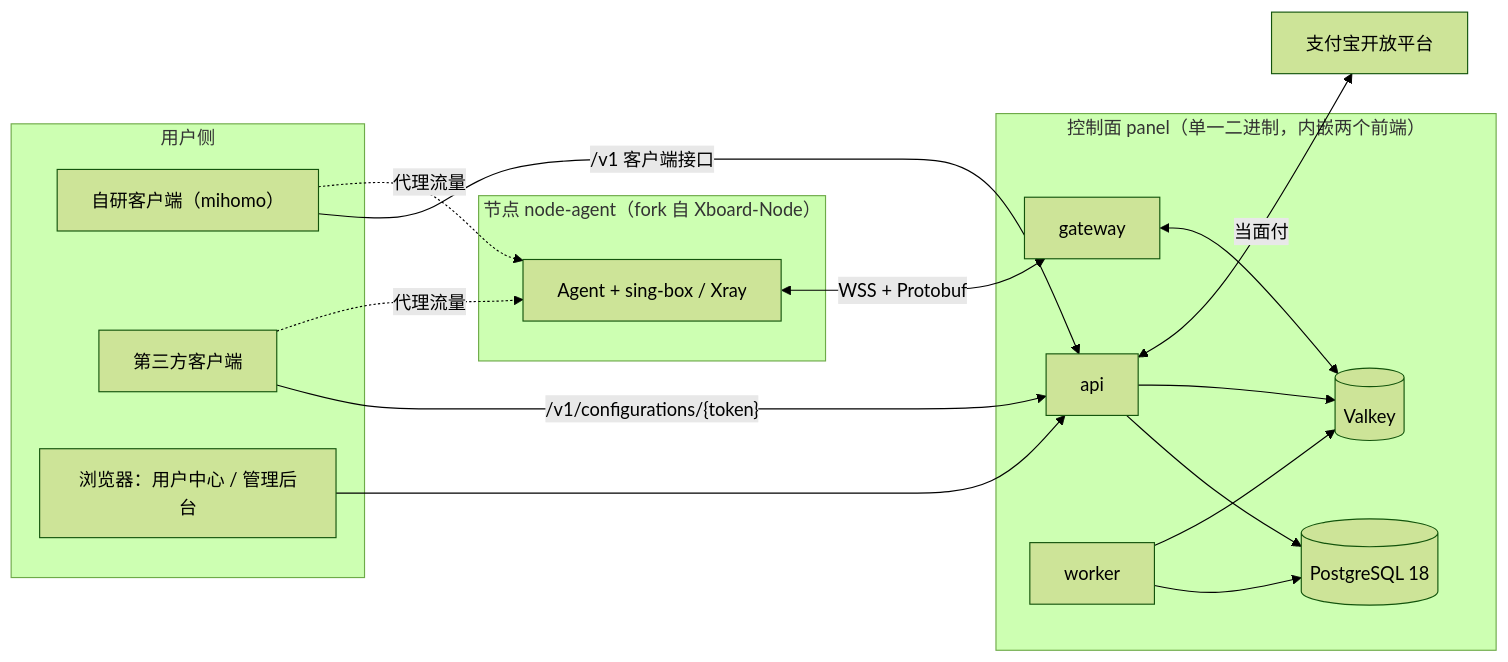
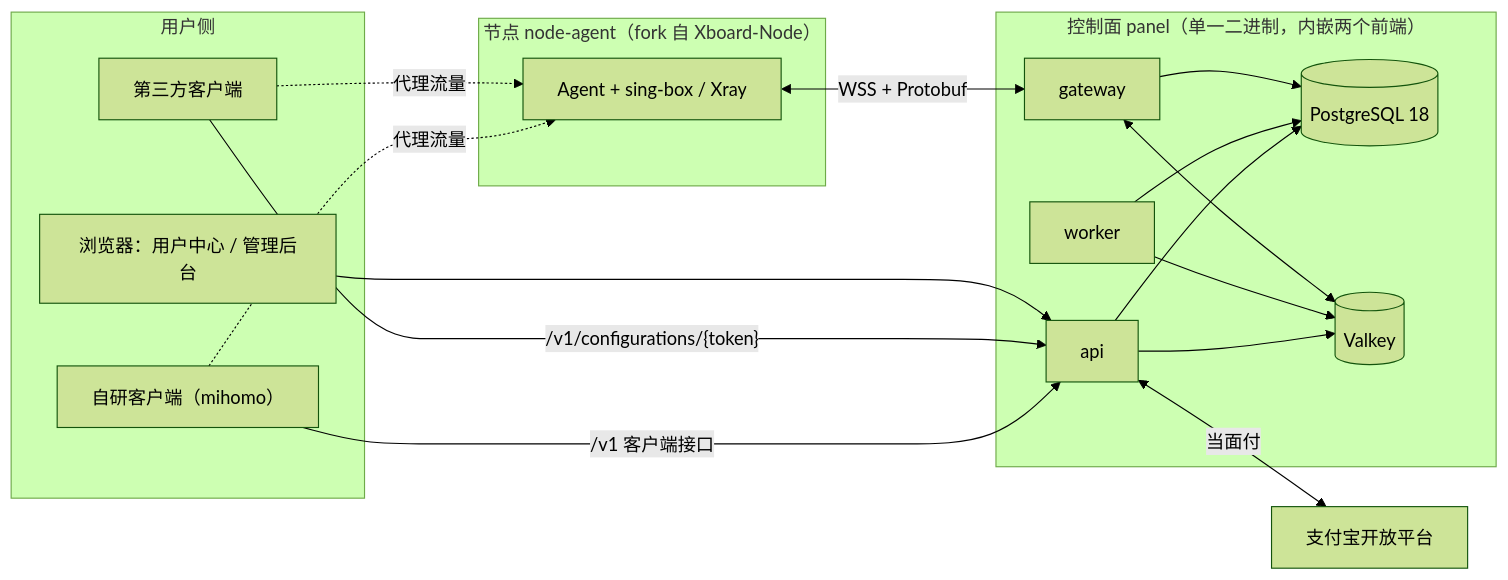
Before and after one commit to akari-project/workspace: the diagram in spec/01-architecture.md, drawn with Mermaid (forest theme). The commit also changed other lines of this file and 5 other files, not shown here.

````diff
--- a/spec/01-architecture.md
+++ b/spec/01-architecture.md
@@ -7,31 +7,32 @@
 ```mermaid
 flowchart LR
   subgraph U["用户侧"]
     C1["自研客户端（mihomo）"]
     C2["第三方客户端"]
     B["浏览器：用户中心 / 管理后台"]
   end
   subgraph CP["控制面 panel（单一二进制，内嵌两个前端）"]
     API["api"]
     GW["gateway"]
     WK["worker"]
     PG[("PostgreSQL 18")]
     VK[("Valkey")]
   end
   subgraph N["节点 node-agent（fork 自 Xboard-Node）"]
     A1["Agent + sing-box / Xray"]
   end
   ALI["支付宝开放平台"]
   C1 -->|"/v1 客户端接口"| API
   C2 -->|"/v1/configurations/{token}"| API
   B --> API
   API --> PG
   API --> VK
   WK --> PG
   WK --> VK
+  GW --> PG
   GW <--> VK
   A1 <-->|"WSS + Protobuf"| GW
   API <-->|"当面付"| ALI
   C1 -.->|"代理流量"| A1
   C2 -.->|"代理流量"| A1
 ```
````
